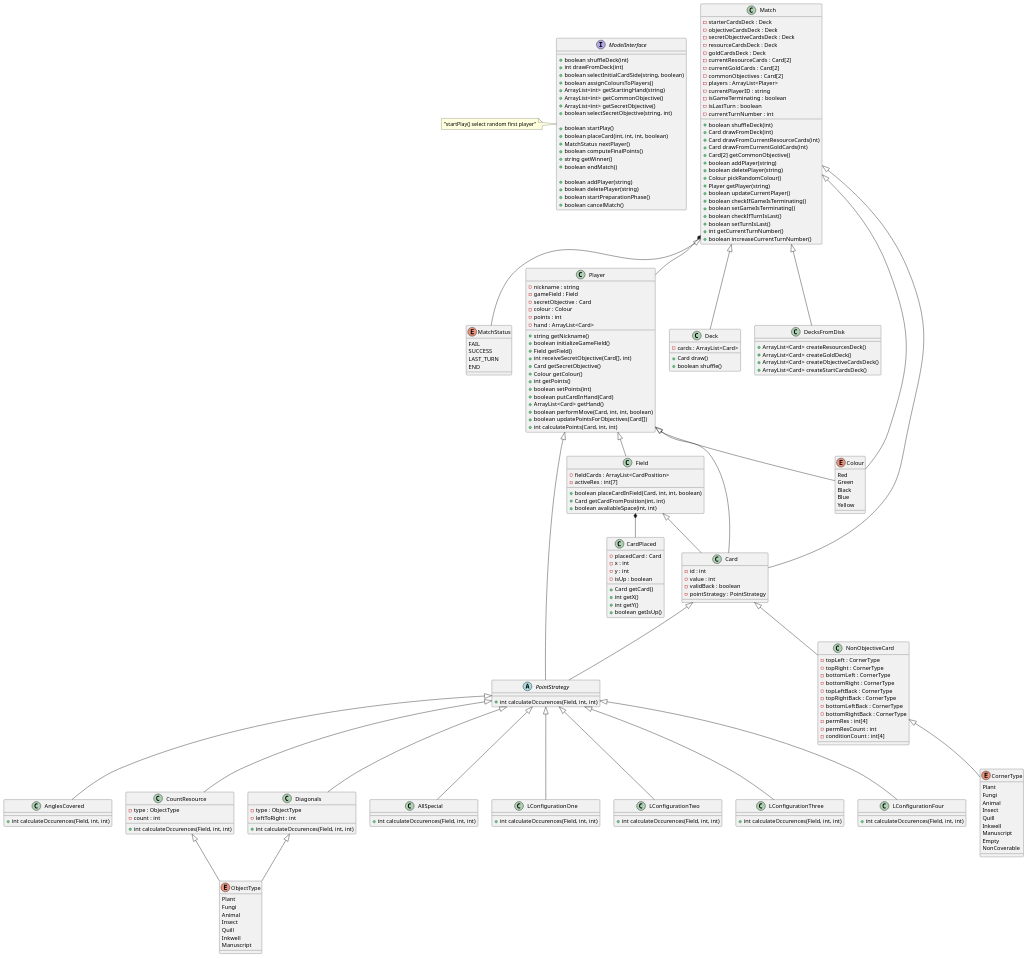
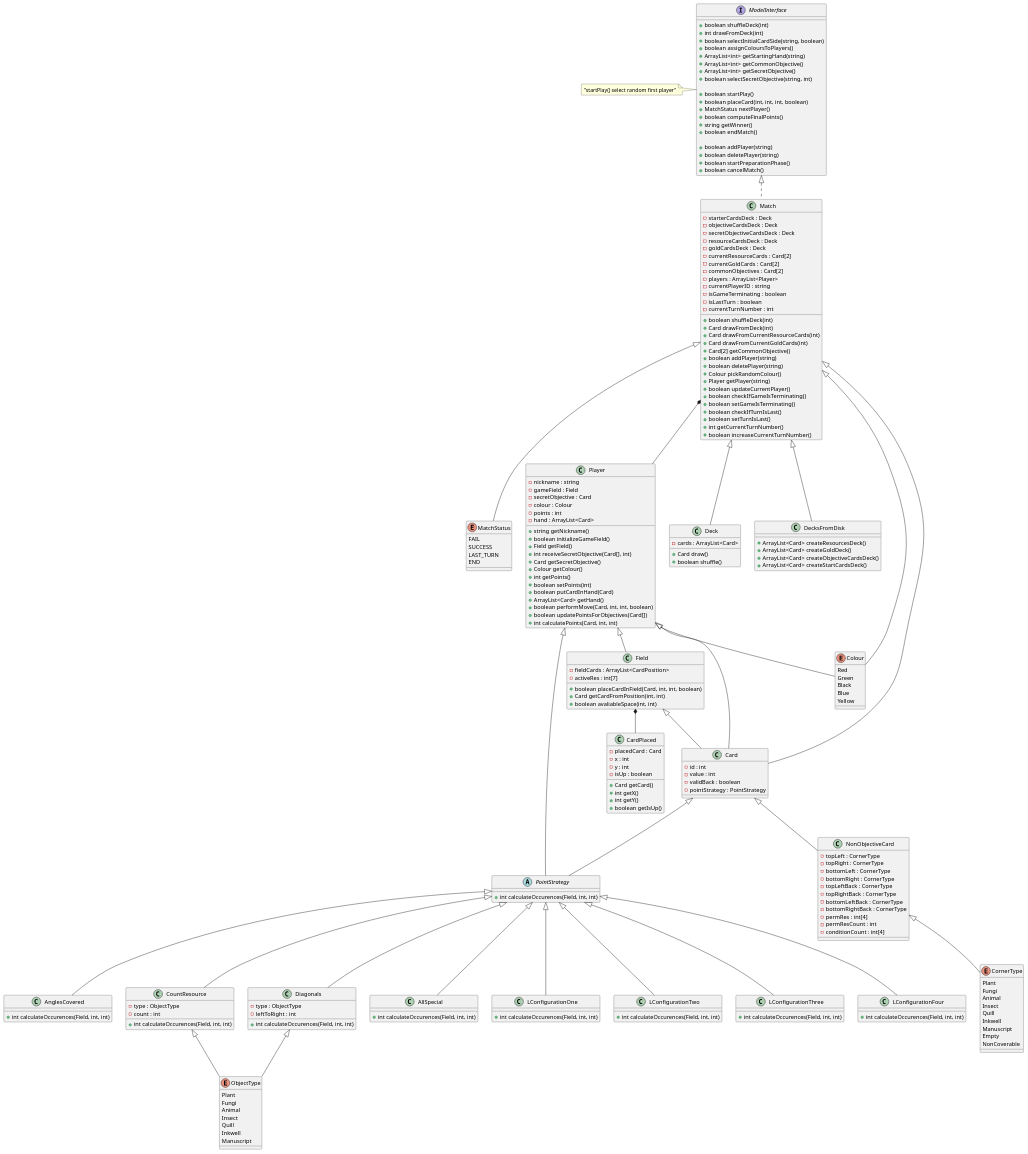
One commit to lorenzo-cmyk/PF_INGSW_2023_24 changed the diagram in deliverables/UMLs/Model/Draft/UMLModelDraft.puml. Above: the diagram before and after it, drawn with PlantUML.

Commit message:
Added interface link

```diff
--- a/deliverables/UMLs/Model/Draft/UMLModelDraft.puml
+++ b/deliverables/UMLs/Model/Draft/UMLModelDraft.puml
@@ -81,7 +81,7 @@
 
 Match *-- Player
 
-class Match {
+class Match implements ModelInterface{
     - starterCardsDeck : Deck
     - objectiveCardsDeck : Deck
     - secretObjectiveCardsDeck : Deck
```
